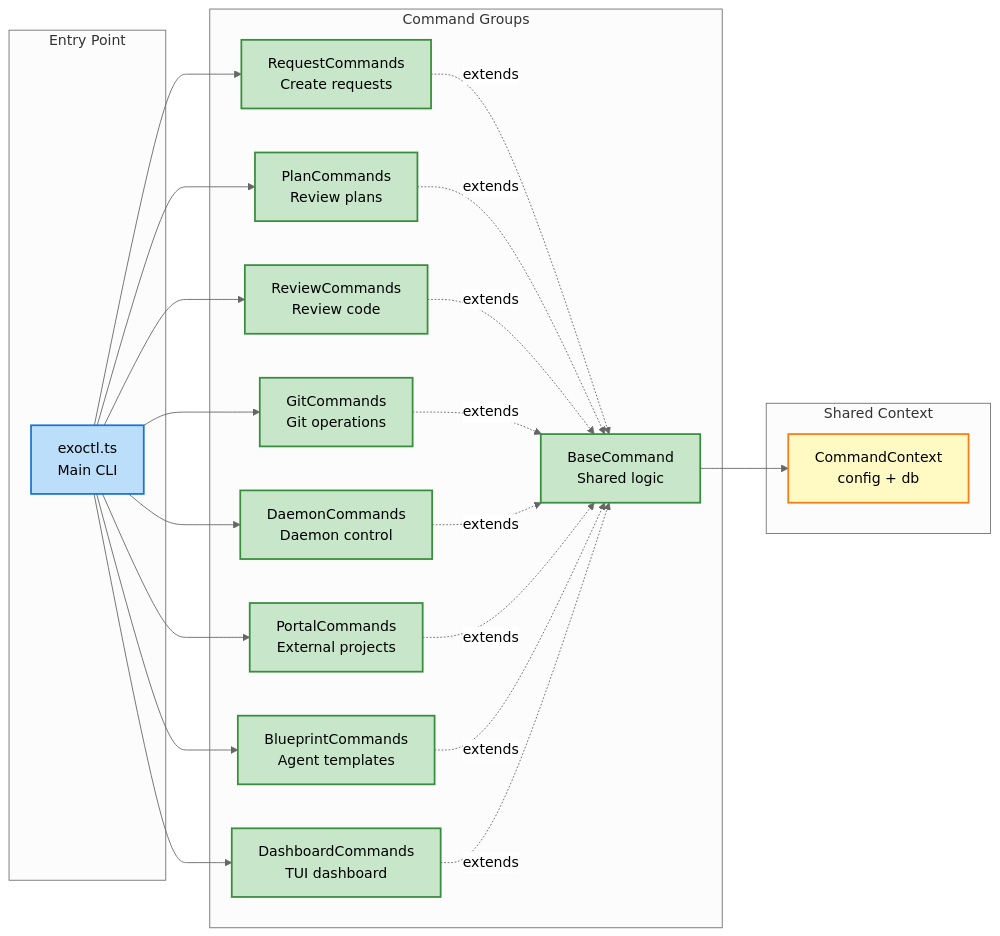
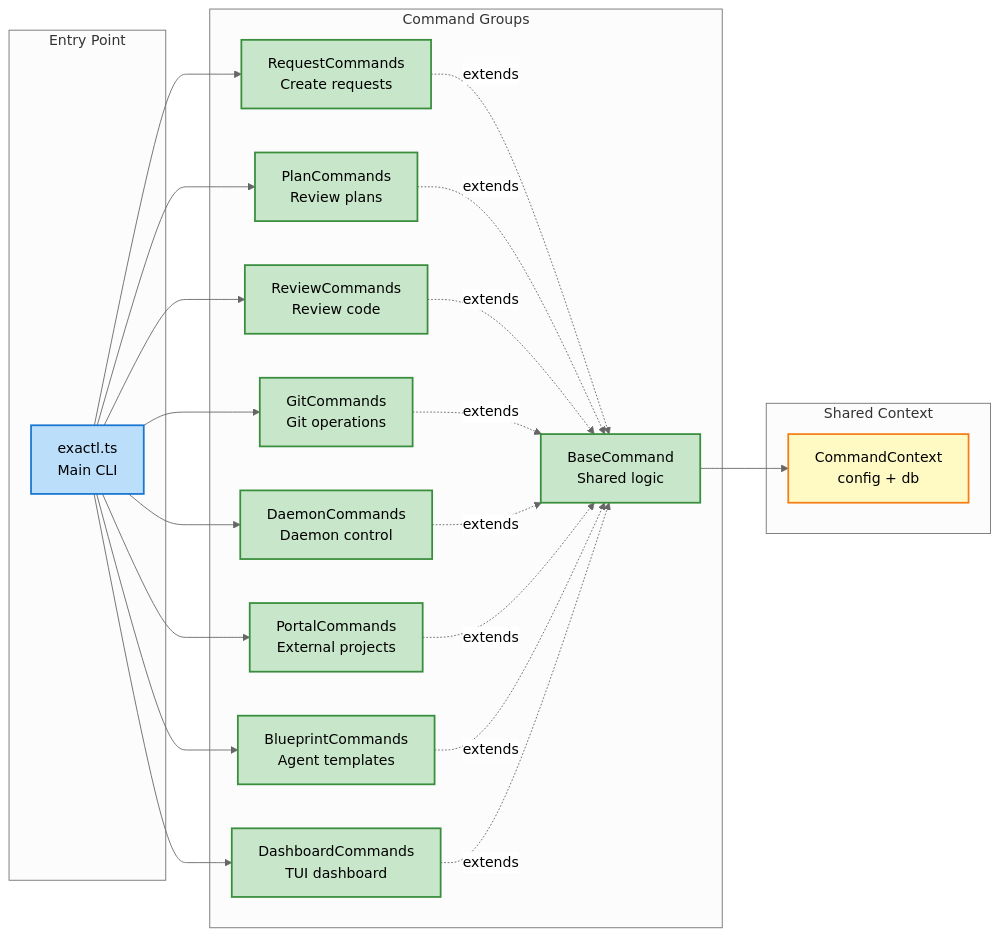
The sixth of 17 diagrams in ARCHITECTURE.md (dostark/exaix-public), drawn with Mermaid (neutral theme) before and after one commit. The commit also changed other lines of this file and 664 other files, not shown here.

````diff
--- a/ARCHITECTURE.md
+++ b/ARCHITECTURE.md
@@ -692,50 +692,50 @@
 ```mermaid
 graph LR
     subgraph Entry["Entry Point"]
-        Exoctl[exoctl.ts<br/>Main CLI]
+        Exactl[exactl.ts<br/>Main CLI]
     end
 
     subgraph Commands["Command Groups"]
         Base[BaseCommand<br/>Shared logic]
         Req[RequestCommands<br/>Create requests]
         Plan[PlanCommands<br/>Review plans]
         Change[ReviewCommands<br/>Review code]
         Git[GitCommands<br/>Git operations]
         Daemon[DaemonCommands<br/>Daemon control]
         Portal[PortalCommands<br/>External projects]
         Blueprint[BlueprintCommands<br/>Agent templates]
         Dashboard[DashboardCommands<br/>TUI dashboard]
     end
 
     subgraph Context["Shared Context"]
         Ctx[CommandContext<br/>config + db]
     end
 
-    Exoctl --> Req
-    Exoctl --> Plan
-    Exoctl --> Change
-    Exoctl --> Git
-    Exoctl --> Daemon
-    Exoctl --> Portal
-    Exoctl --> Blueprint
-    Exoctl --> Dashboard
+    Exactl --> Req
+    Exactl --> Plan
+    Exactl --> Change
+    Exactl --> Git
+    Exactl --> Daemon
+    Exactl --> Portal
+    Exactl --> Blueprint
+    Exactl --> Dashboard
 
     Req -.extends.-> Base
     Plan -.extends.-> Base
     Change -.extends.-> Base
     Git -.extends.-> Base
     Daemon -.extends.-> Base
     Portal -.extends.-> Base
     Blueprint -.extends.-> Base
     Dashboard -.extends.-> Base
 
     Base --> Ctx
 
     classDef entry fill:#bbdefb,stroke:#1976d2,stroke-width:2px
     classDef cmd fill:#c8e6c9,stroke:#388e3c,stroke-width:2px
     classDef ctx fill:#fff9c4,stroke:#f57f17,stroke-width:2px
 
-    class Exoctl entry
+    class Exactl entry
     class Base,Req,Plan,Change,Git,Daemon,Portal,Blueprint,Dashboard cmd
     class Ctx ctx
 ```
````
